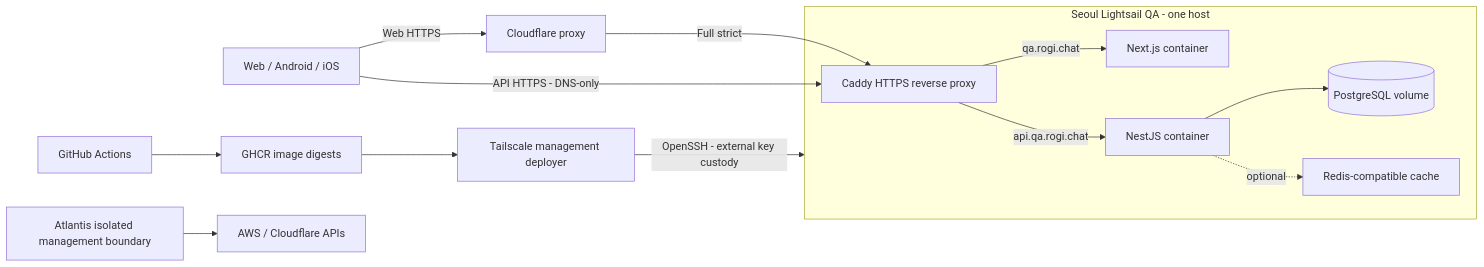
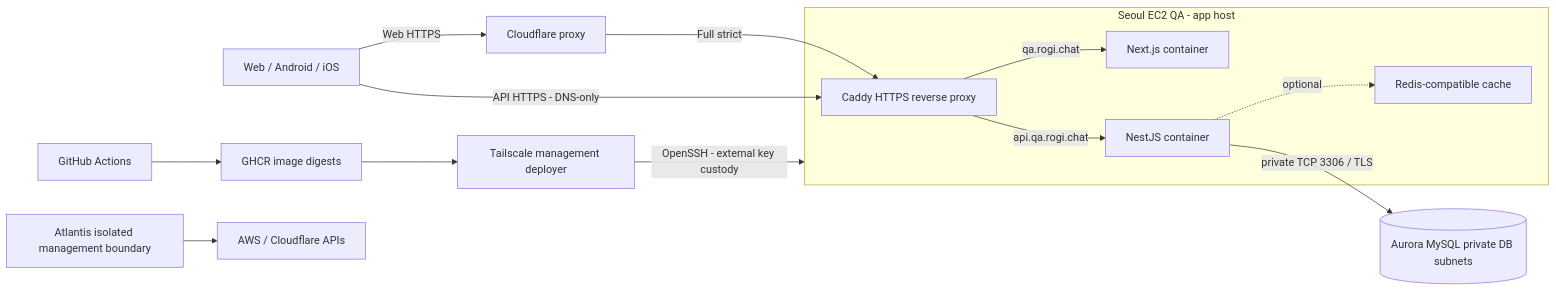
The diagram in docs/architecture.md (h66rogi/rogichat), drawn with Mermaid before and after one commit. The commit also changed other lines of this file and 19 other files, not shown here.

Commit message:
feat: prepare isolated QA EC2 and Aurora MySQL infrastructure

````diff
--- a/docs/architecture.md
+++ b/docs/architecture.md
@@ -45,16 +48,16 @@
 ```mermaid
 flowchart LR
   C[Web / Android / iOS] -->|Web HTTPS| CF[Cloudflare proxy]
   CF -->|Full strict| TLS[Caddy HTTPS reverse proxy]
   C -->|API HTTPS - DNS-only| TLS
-  subgraph LS[Seoul Lightsail QA - one host]
+  subgraph LS[Seoul EC2 QA - app host]
     TLS -->|qa.rogi.chat| WEB[Next.js container]
     TLS -->|api.qa.rogi.chat| API[NestJS container]
-    API --> PG[(PostgreSQL volume)]
     API -. optional .-> CACHE[Redis-compatible cache]
   end
+  API -->|private TCP 3306 / TLS| DB[(Aurora MySQL private DB subnets)]
   CI[GitHub Actions] --> GHCR[GHCR image digests]
   GHCR --> DEPLOY[Tailscale management deployer]
   DEPLOY -->|OpenSSH - external key custody| LS
   TF[Atlantis isolated management boundary] --> AWS[AWS / Cloudflare APIs]
 ```
````
